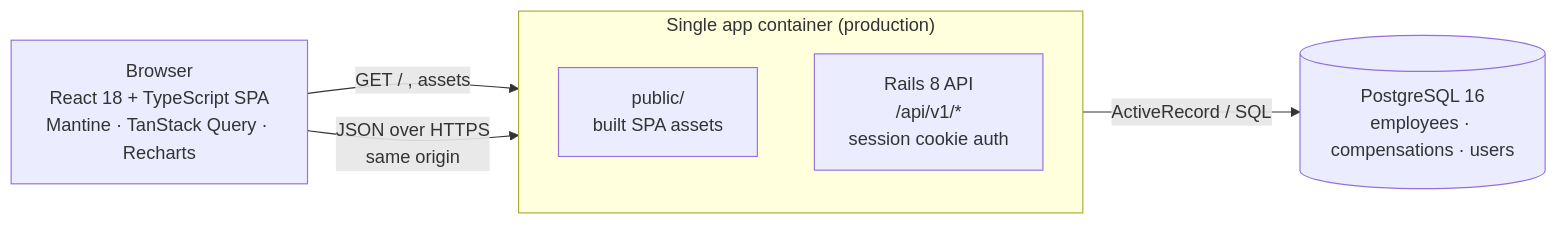
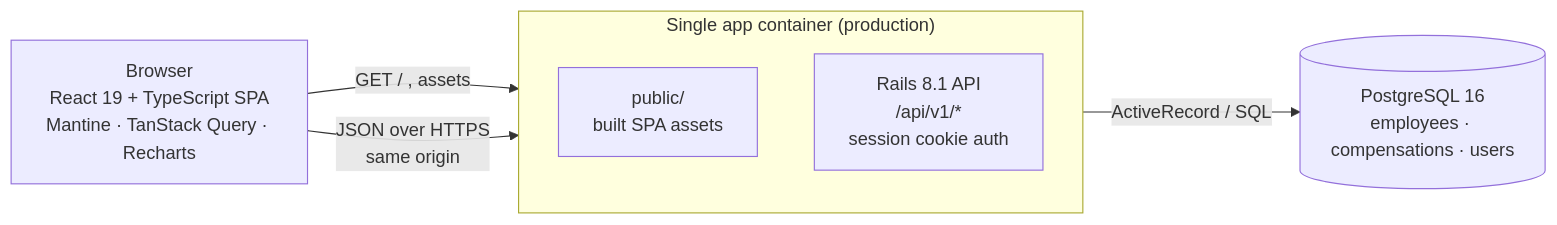
One commit to sravan44/salary-dashboard changed the second of 9 diagrams in docs/architecture-diagrams.md. Above: the diagram before and after it, drawn with Mermaid. The commit also changed 76 other files, not shown here.

First line of the commit message:
chore: scaffold Rails API, React TS app and Docker Compose with 90% coverage gates

````diff
--- a/docs/architecture-diagrams.md
+++ b/docs/architecture-diagrams.md
@@ -24,13 +24,13 @@
 ```mermaid
 flowchart LR
-  B["Browser<br/>React 18 + TypeScript SPA<br/>Mantine · TanStack Query · Recharts"]
+  B["Browser<br/>React 19 + TypeScript SPA<br/>Mantine · TanStack Query · Recharts"]
   subgraph APP["Single app container (production)"]
     direction TB
     STATIC["public/<br/>built SPA assets"]
-    API["Rails 8 API<br/>/api/v1/*<br/>session cookie auth"]
+    API["Rails 8.1 API<br/>/api/v1/*<br/>session cookie auth"]
   end
   DB[("PostgreSQL 16<br/>employees · compensations · users")]
   B -->|GET / , assets| STATIC
   B -->|JSON over HTTPS<br/>same origin| API
   API -->|ActiveRecord / SQL| DB
 ```
````
